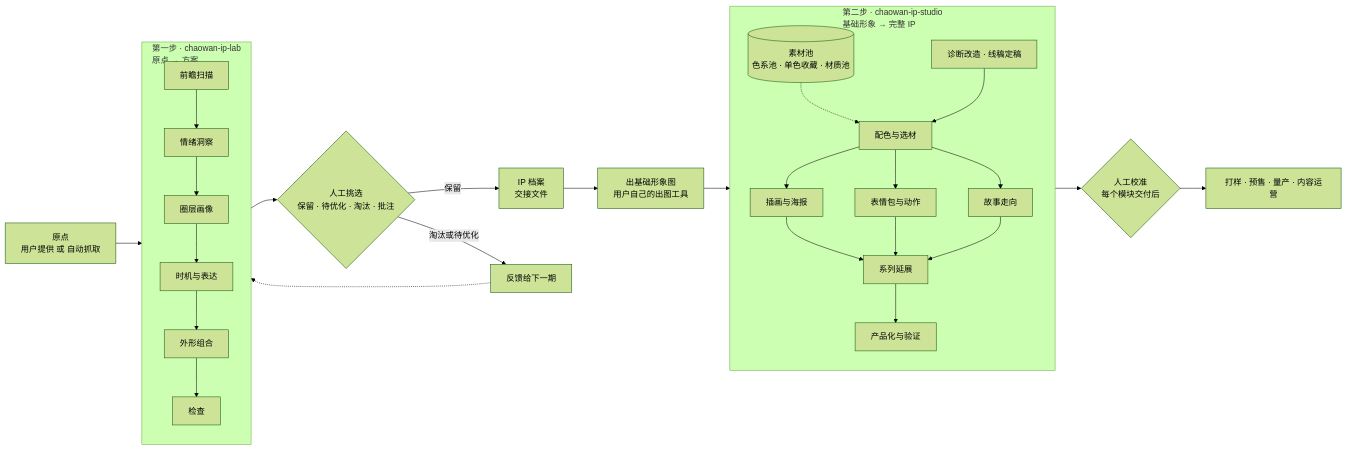
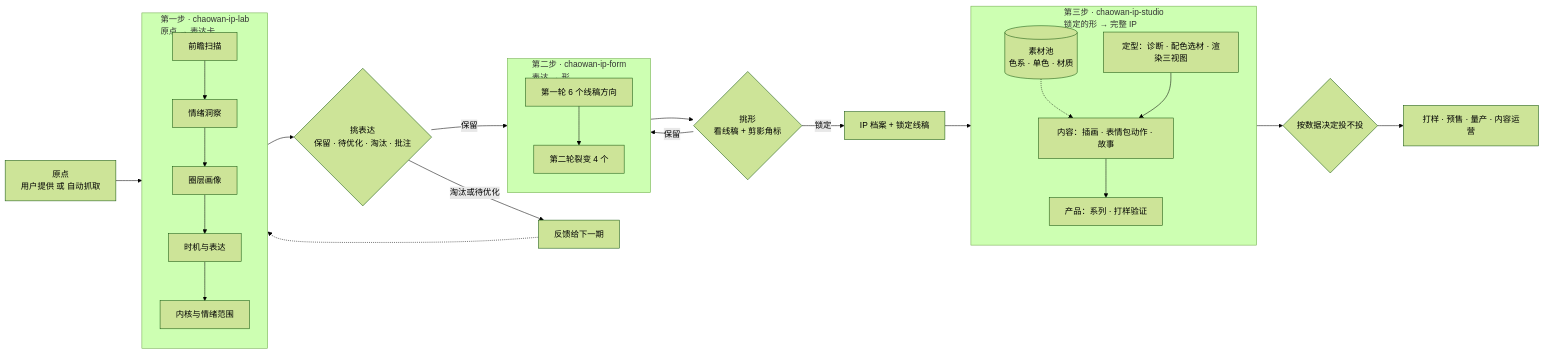
One commit to ashlandkrug878-wq/ip changed the diagram in workflow/潮玩IP工作流.md. Above: the diagram before and after it, drawn with Mermaid (forest theme). The commit also changed other lines of this file and 38 other files, not shown here.

First line of the commit message:
Workflow 2.0: split into lab (expression), form (find the form), studio; board gains 找形 and 定型 stages

````diff
--- a/workflow/潮玩IP工作流.md
+++ b/workflow/潮玩IP工作流.md
@@ -12,26 +12,28 @@
 ```mermaid
 flowchart LR
   A[原点<br/>用户提供 或 自动抓取] --> S1
-  subgraph S1[第一步 · chaowan-ip-lab<br/>原点 → 方案]
+  subgraph S1[第一步 · chaowan-ip-lab<br/>原点 → 表达卡]
     direction TB
-    a1[前瞻扫描] --> a2[情绪洞察] --> a3[圈层画像] --> a4[时机与表达] --> a5[外形组合] --> a6[检查]
+    a1[前瞻扫描] --> a2[情绪洞察] --> a3[圈层画像] --> a4[时机与表达] --> a5[内核与情绪范围]
   end
-  S1 --> P1{人工挑选<br/>保留 · 待优化 · 淘汰 · 批注}
-  P1 -->|保留| H[IP 档案<br/>交接文件]
-  P1 -->|淘汰或待优化| FB[反馈给下一期]
-  FB -.-> S1
-  H --> IMG[出基础形象图<br/>用户自己的出图工具]
-  IMG --> S2
-  subgraph S2[第二步 · chaowan-ip-studio<br/>基础形象 → 完整 IP]
+  S1 --> P1{挑表达<br/>保留 · 待优化 · 淘汰 · 批注}
+  P1 -->|淘汰或待优化| FB1[反馈给下一期]
+  FB1 -.-> S1
+  P1 -->|保留| S2
+  subgraph S2[第二步 · chaowan-ip-form<br/>表达 → 形]
     direction TB
-    POOL[(素材池<br/>色系池 · 单色收藏 · 材质池)] -.-> b2
-    b1[诊断改造 · 线稿定稿] --> b2[配色与选材]
-    b2 --> b3[插画与海报]
-    b2 --> b4[表情包与动作]
-    b2 --> b5[故事走向]
-    b3 & b4 & b5 --> b6[系列延展]
-    b6 --> b7[产品化与验证]
+    f1[第一轮 6 个线稿方向] --> f2[第二轮裂变 4 个]
   end
-  S2 --> P2{人工校准<br/>每个模块交付后}
-  P2 --> OUT[打样 · 预售 · 量产 · 内容运营]
+  S2 --> P2{挑形<br/>看线稿 + 剪影角标}
+  P2 -->|保留| f2
+  P2 -->|锁定| H[IP 档案 + 锁定线稿]
+  H --> S3
+  subgraph S3[第三步 · chaowan-ip-studio<br/>锁定的形 → 完整 IP]
+    direction TB
+    POOL[(素材池<br/>色系 · 单色 · 材质)] -.-> b2
+    b1[定型：诊断 · 配色选材 · 渲染三视图] --> b2[内容：插画 · 表情包动作 · 故事]
+    b2 --> b3[产品：系列 · 打样验证]
+  end
+  S3 --> P3{按数据决定投不投}
+  P3 --> OUT[打样 · 预售 · 量产 · 内容运营]
 ```
````
